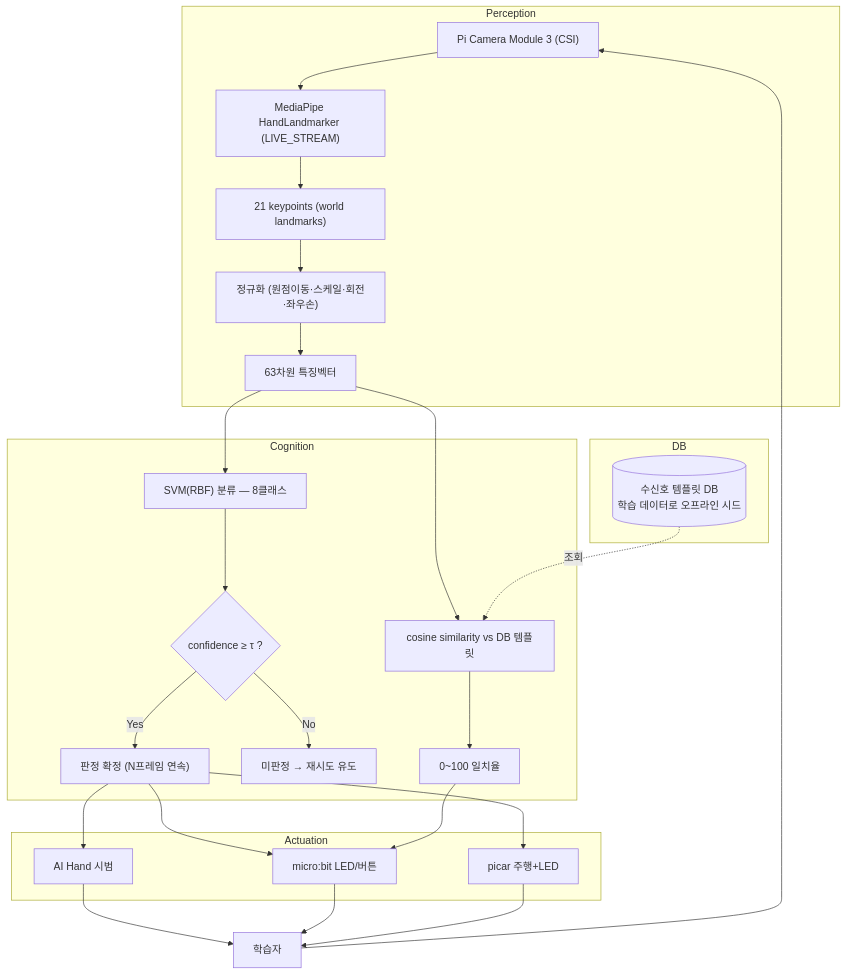
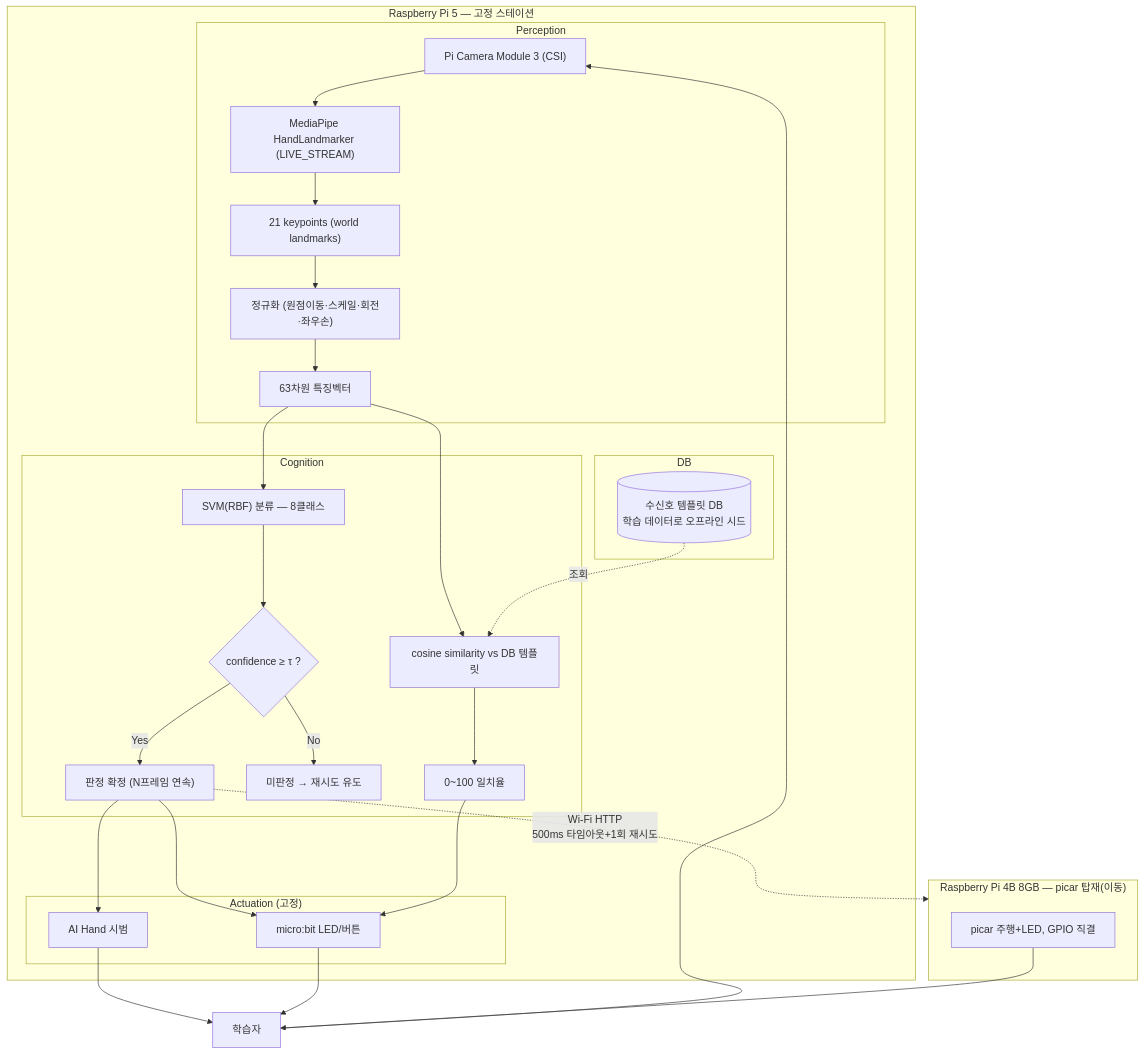
Before and after one commit to Lee35678/SafeSign_PhysicalAI: the diagram in document/10_PRD_v2.md, drawn with Mermaid. The commit also changed other lines of this file and 22 other files, not shown here.

````diff
--- a/document/10_PRD_v2.md
+++ b/document/10_PRD_v2.md
@@ -215,31 +228,36 @@
 ```mermaid
 flowchart TD
-    subgraph PERCEPTION["Perception"]
-        D["Pi Camera Module 3 (CSI)"] --> E["MediaPipe HandLandmarker (LIVE_STREAM)"]
-        E --> F["21 keypoints (world landmarks)"]
-        F --> G["정규화 (원점이동·스케일·회전·좌우손)"]
-        G --> H["63차원 특징벡터"]
+    subgraph RPI5["Raspberry Pi 5 — 고정 스테이션"]
+        subgraph PERCEPTION["Perception"]
+            D["Pi Camera Module 3 (CSI)"] --> E["MediaPipe HandLandmarker (LIVE_STREAM)"]
+            E --> F["21 keypoints (world landmarks)"]
+            F --> G["정규화 (원점이동·스케일·회전·좌우손)"]
+            G --> H["63차원 특징벡터"]
+        end
+        subgraph COGNITION["Cognition"]
+            H --> I["SVM(RBF) 분류 — 8클래스"]
+            H --> J["cosine similarity vs DB 템플릿"]
+            I --> K{"confidence ≥ τ ?"}
+            K -->|Yes| L["판정 확정 (N프레임 연속)"]
+            K -->|No| M["미판정 → 재시도 유도"]
+            J --> N["0~100 일치율"]
+        end
+        subgraph DB["DB"]
+            O[(수신호 템플릿 DB<br/>학습 데이터로 오프라인 시드)]
+        end
+        O -.조회.-> J
+        subgraph ACTUATION_LOCAL["Actuation (고정)"]
+            L --> P[AI Hand 시범]
+            L --> Q[micro:bit LED/버튼]
+        end
+        N --> Q
     end
-    subgraph COGNITION["Cognition"]
-        H --> I["SVM(RBF) 분류 — 8클래스"]
-        H --> J["cosine similarity vs DB 템플릿"]
-        I --> K{"confidence ≥ τ ?"}
-        K -->|Yes| L["판정 확정 (N프레임 연속)"]
-        K -->|No| M["미판정 → 재시도 유도"]
-        J --> N["0~100 일치율"]
-    end
-    subgraph DB["DB"]
-        O[(수신호 템플릿 DB<br/>학습 데이터로 오프라인 시드)]
-    end
-    O -.조회.-> J
-    subgraph ACTUATION["Actuation"]
-        L --> P[AI Hand 시범]
-        L --> Q[micro:bit LED/버튼]
-        L --> R[picar 주행+LED]
-        N --> Q
+    L -.Wi-Fi HTTP<br/>500ms 타임아웃+1회 재시도.-> RPI4B
+    subgraph RPI4B["Raspberry Pi 4B 8GB — picar 탑재(이동)"]
+        R[picar 주행+LED, GPIO 직결]
     end
     A[학습자] --> D
     P --> A
     Q --> A
     R --> A
 ```
````
